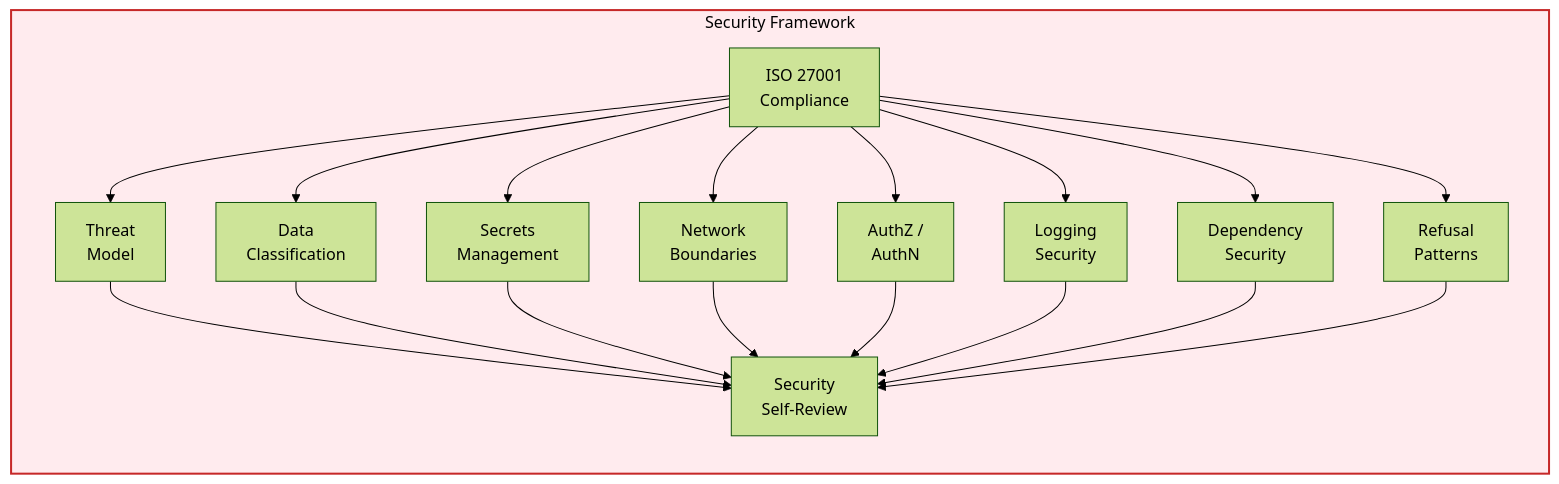
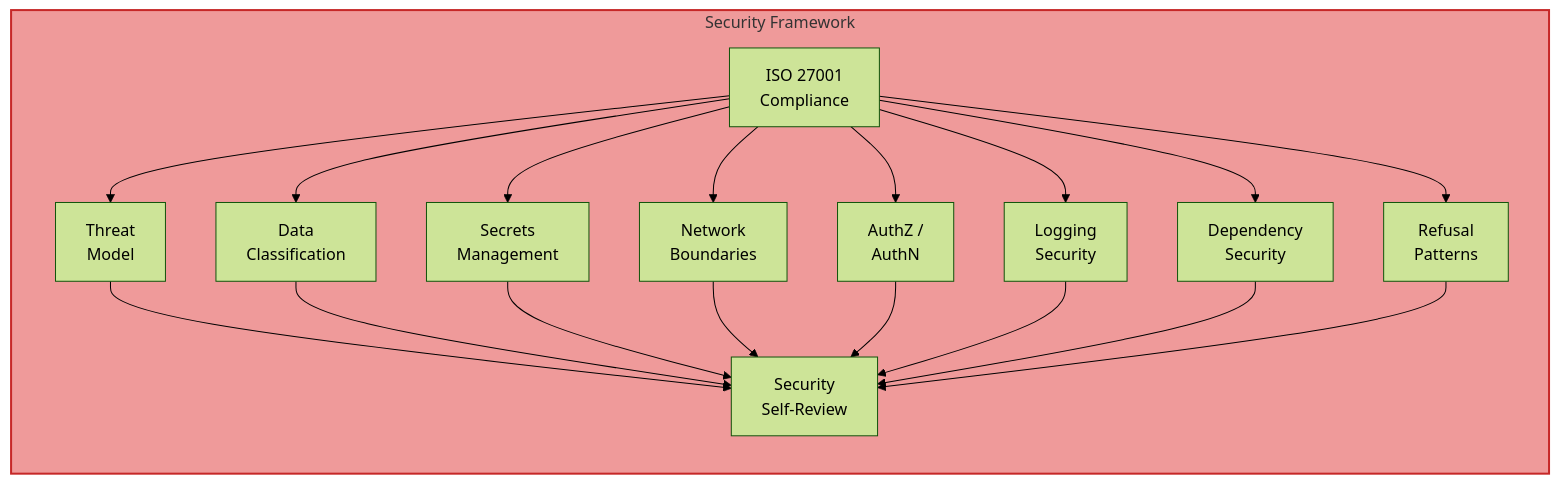
Before and after one commit to premkumarjanagarajan/fluid-flow-ai: the diagram in docs/GOVERNANCE.md, drawn with Mermaid (forest theme). The commit also changed 12 other files, not shown here.

First line of the commit message:
Update Mermaid diagram styles for dark and light theme compatibility

````diff
--- a/docs/GOVERNANCE.md
+++ b/docs/GOVERNANCE.md
@@ -161,35 +161,35 @@
 ```mermaid
 flowchart TB
     subgraph SECURITY["Security Framework"]
         direction TB
         ISO["ISO 27001<br/>Compliance"]
         TM["Threat<br/>Model"]
         DC["Data<br/>Classification"]
         SM["Secrets<br/>Management"]
         NB["Network<br/>Boundaries"]
         AA["AuthZ /<br/>AuthN"]
         LS["Logging<br/>Security"]
         DEP["Dependency<br/>Security"]
         RP["Refusal<br/>Patterns"]
         SSR["Security<br/>Self-Review"]
     end
 
     ISO --> TM
     ISO --> DC
     ISO --> SM
     ISO --> NB
     ISO --> AA
     ISO --> LS
     ISO --> DEP
     ISO --> RP
     TM --> SSR
     DC --> SSR
     SM --> SSR
     NB --> SSR
     AA --> SSR
     LS --> SSR
     DEP --> SSR
     RP --> SSR
 
-    style SECURITY fill:#FFEBEE,stroke:#C62828,stroke-width:2px,color:#000
+    style SECURITY fill:#EF9A9A,stroke:#C62828,stroke-width:2px
 ```
````
